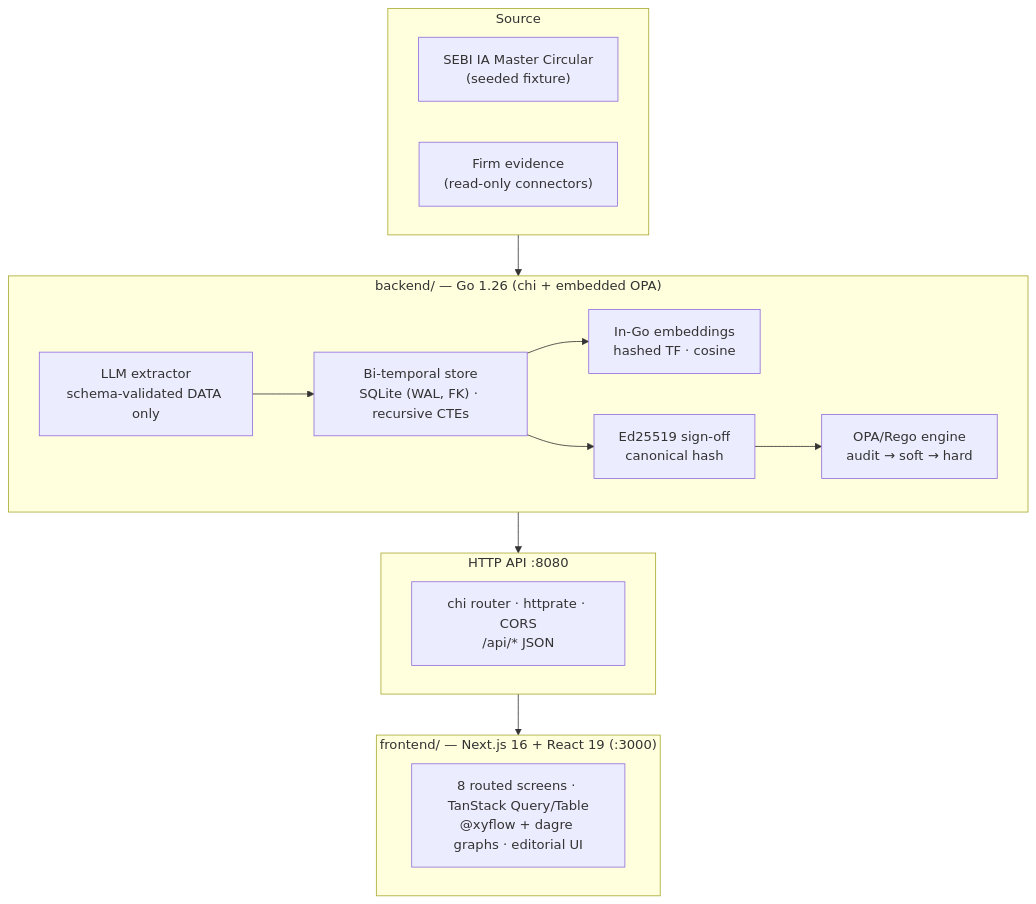
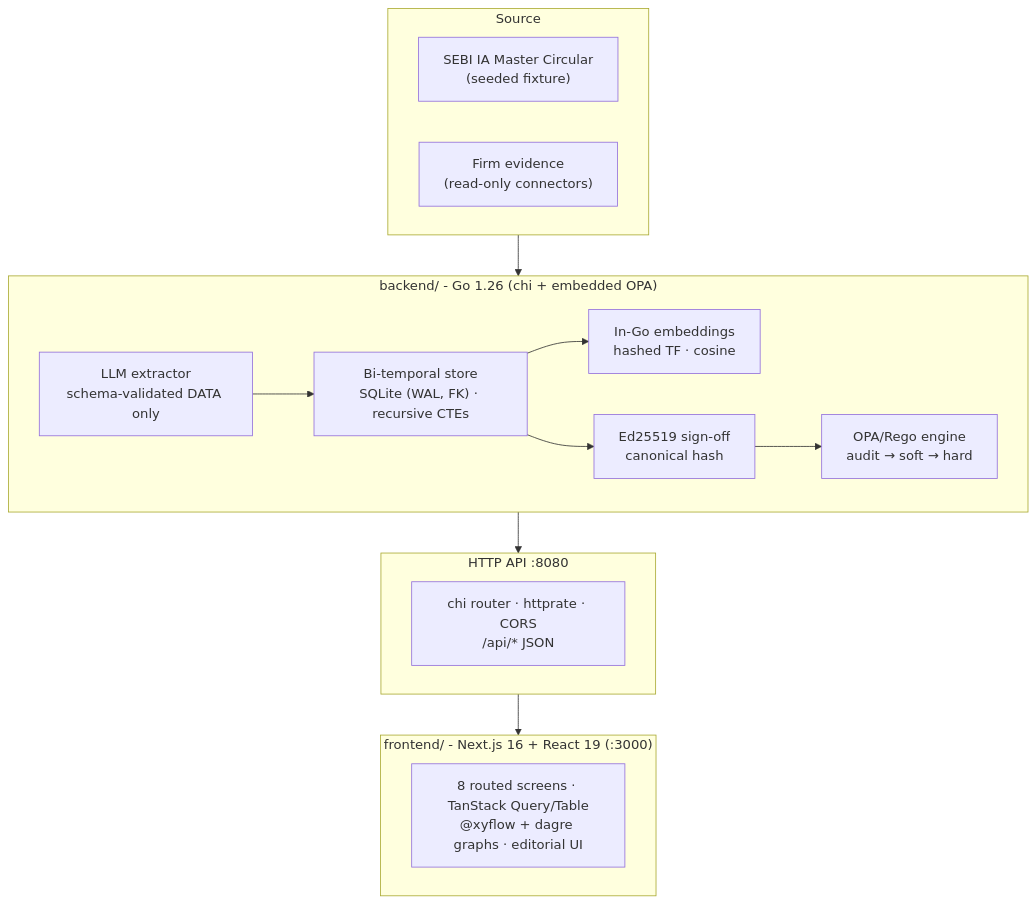
The second of 3 diagrams in README.md (mridulbansal4/Chanakya), drawn with Mermaid before and after one commit. The commit also changed other lines of this file and 79 other files, not shown here.

````diff
--- a/README.md
+++ b/README.md
@@ -263,28 +263,28 @@
 ```mermaid
 flowchart TB
     subgraph SRC["Source"]
         CIRC["SEBI IA Master Circular<br/>(seeded fixture)"]
         FIRM["Firm evidence<br/>(read-only connectors)"]
     end
 
-    subgraph BACK["backend/ — Go 1.26 (chi + embedded OPA)"]
+    subgraph BACK["backend/ - Go 1.26 (chi + embedded OPA)"]
         LLM["LLM extractor<br/>schema-validated DATA only"]
         STORE["Bi-temporal store<br/>SQLite (WAL, FK) · recursive CTEs"]
         VEC["In-Go embeddings<br/>hashed TF · cosine"]
         SIGN["Ed25519 sign-off<br/>canonical hash"]
         POL["OPA/Rego engine<br/>audit → soft → hard"]
         LLM --> STORE
         STORE --> VEC
         STORE --> SIGN --> POL
     end
 
     subgraph API["HTTP API :8080"]
         REST["chi router · httprate · CORS<br/>/api/* JSON"]
     end
 
-    subgraph FRONT["frontend/ — Next.js 16 + React 19 (:3000)"]
+    subgraph FRONT["frontend/ - Next.js 16 + React 19 (:3000)"]
         WEB["8 routed screens · TanStack Query/Table<br/>@xyflow + dagre graphs · editorial UI"]
     end
 
     SRC --> BACK --> API --> FRONT
 ```
````
